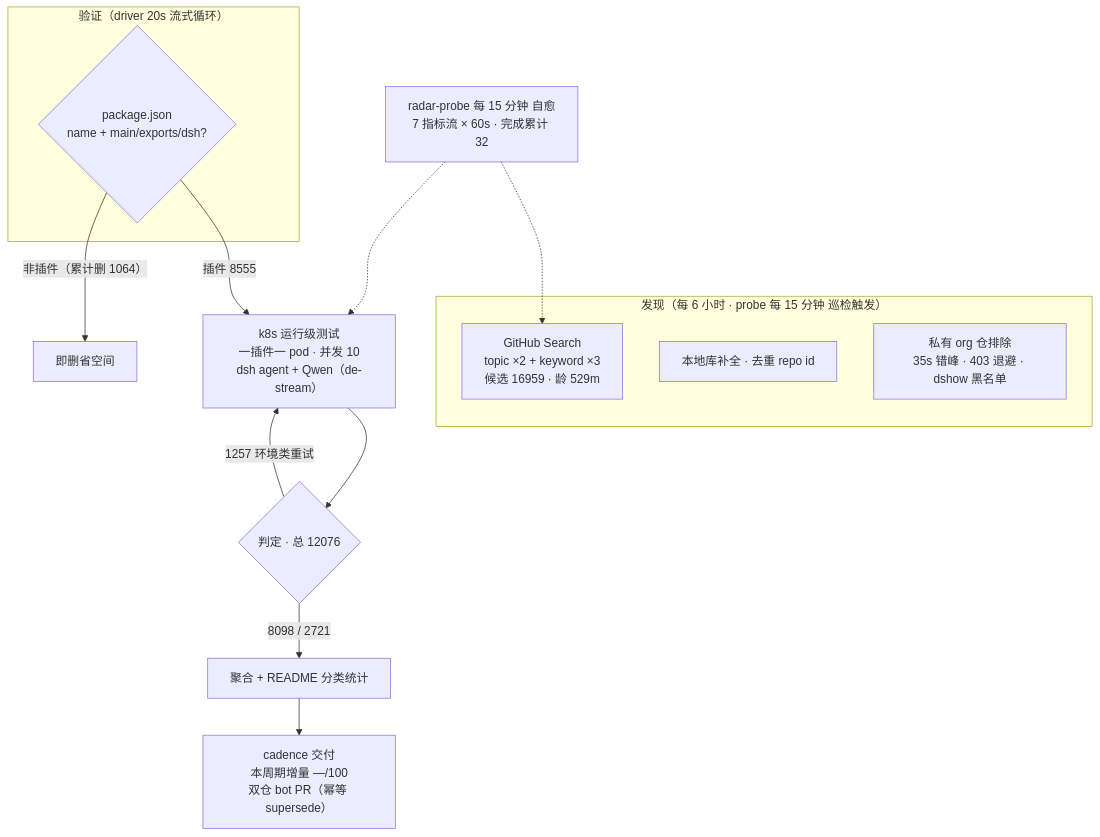
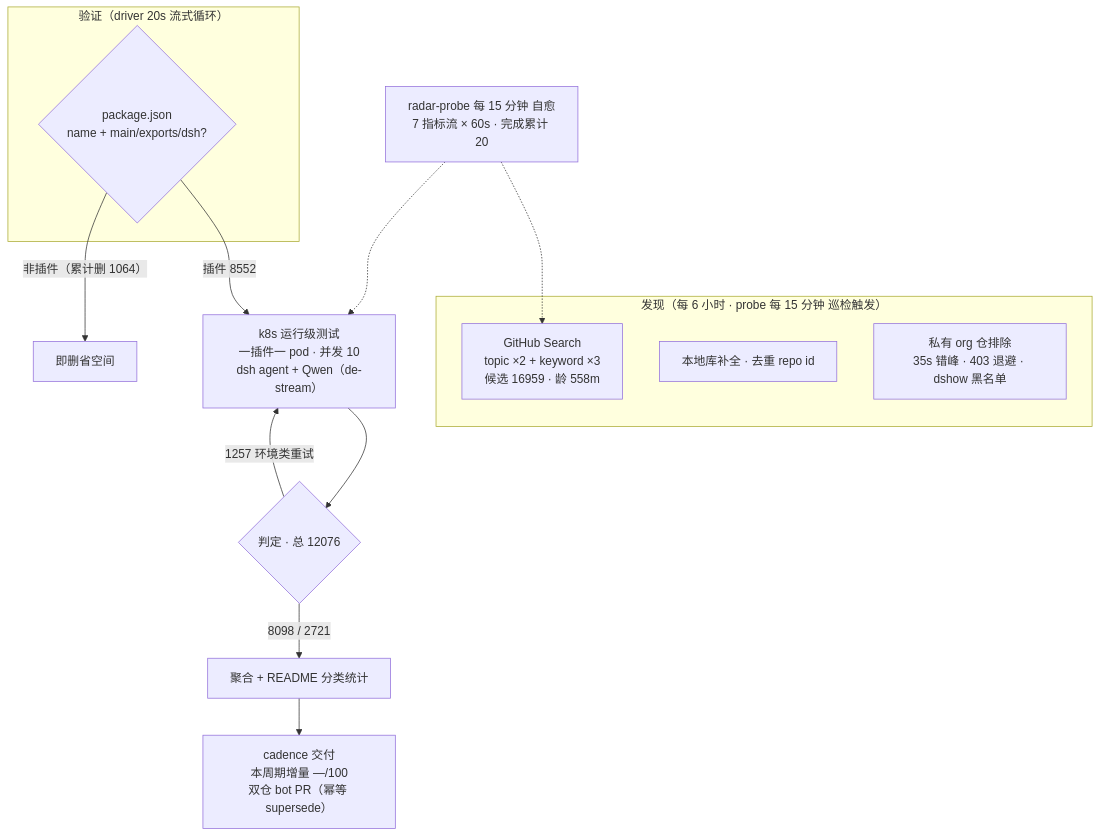
One commit to Zhidao-Lab-OSS/awesome-dsh-plugins changed the diagram in README.md. Above: the diagram before and after it, drawn with Mermaid. The commit also changed other lines of this file and 1 other file, not shown here.

````diff
--- a/README.md
+++ b/README.md
@@ -52,20 +52,20 @@
 ```mermaid
 flowchart TB
     subgraph Discovery["发现（每 6 小时 · probe 每 15 分钟 巡检触发）"]
-        A1["GitHub Search<br/>topic ×2 + keyword ×3<br/>候选 16959 · 龄 529m"]
+        A1["GitHub Search<br/>topic ×2 + keyword ×3<br/>候选 16959 · 龄 558m"]
         A2["本地库补全 · 去重 repo id"]
         A3["私有 org 仓排除<br/>35s 错峰 · 403 退避 · dshow 黑名单"]
     end
     subgraph Validation["验证（driver 20s 流式循环）"]
         B1{"package.json<br/>name + main/exports/dsh?"}
     end
-    B1 -->|"插件 8555"| C1["k8s 运行级测试<br/>一插件一 pod · 并发 10<br/>dsh agent + Qwen（de-stream）"]
+    B1 -->|"插件 8552"| C1["k8s 运行级测试<br/>一插件一 pod · 并发 10<br/>dsh agent + Qwen（de-stream）"]
     B1 -->|"非插件（累计删 1064）"| B3["即删省空间"]
     C1 --> D1{"判定 · 总 12076"}
     D1 -->|"8098 / 2721"| E1["聚合 + README 分类统计"]
     D1 -->|"1257 环境类重试"| C1
     E1 --> E2["cadence 交付<br/>本周期增量 —/100<br/>双仓 bot PR（幂等 supersede）"]
-    M["radar-probe 每 15 分钟 自愈<br/>7 指标流 × 60s · 完成累计 32"]
+    M["radar-probe 每 15 分钟 自愈<br/>7 指标流 × 60s · 完成累计 20"]
     M -.-> A1
     M -.-> C1
 ```
````
